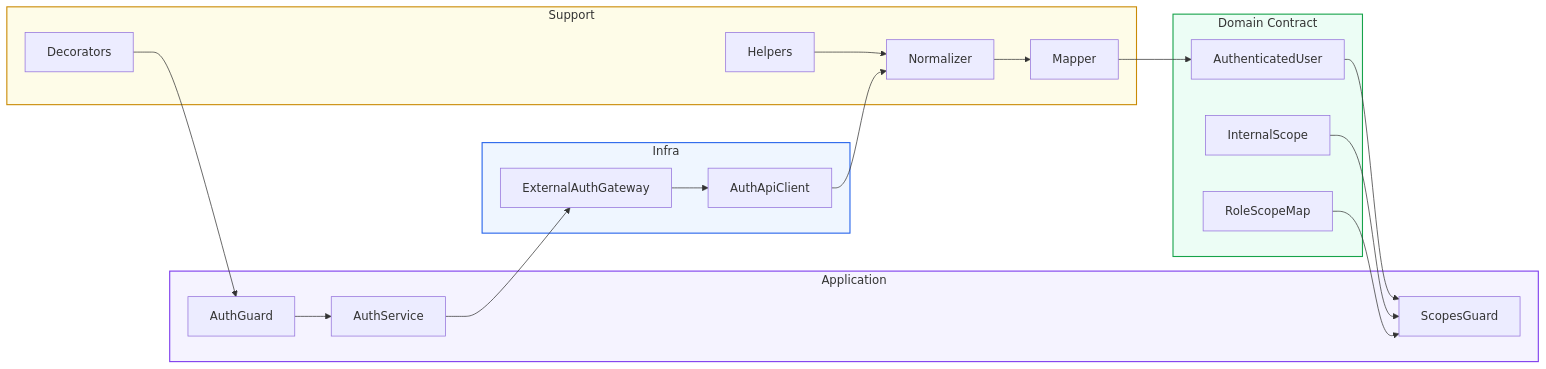
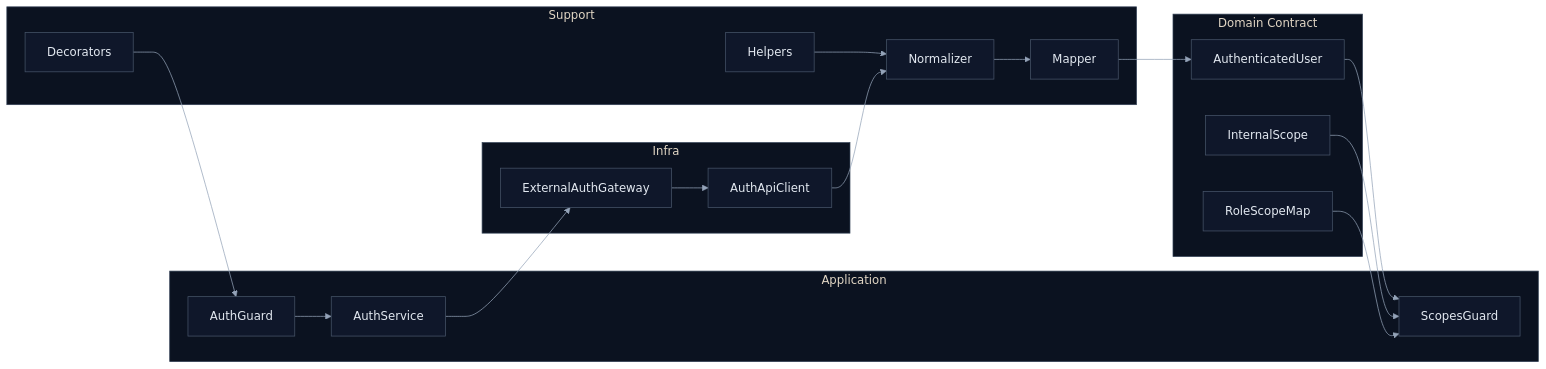
The eighth of 8 diagrams in RFC-0001-Auth.md (matheusdiamantino-betalent/IA), drawn with Mermaid before and after one commit. The commit also changed other lines of this file, not shown here.

````diff
--- a/RFC-0001-Auth.md
+++ b/RFC-0001-Auth.md
@@ -895,43 +612,41 @@
 ```mermaid
+%%{init: {'theme':'base','themeVariables': {
+  'primaryColor':'#0f172a','primaryTextColor':'#e2e8f0','primaryBorderColor':'#475569','lineColor':'#94a3b8','secondaryColor':'#111827','tertiaryColor':'#1e293b','background':'#020617','mainBkg':'#0f172a','secondBkg':'#111827','tertiaryBkg':'#1e293b','clusterBkg':'#0b1220','clusterBorder':'#334155','edgeLabelBackground':'#0f172a','fontFamily':'Inter, Segoe UI, Arial'
+}}}%%
 flowchart LR
     subgraph INFRA[Infra]
         C1[AuthApiClient]
         C2[ExternalAuthGateway]
     end
 
     subgraph APP[Application]
         A1[AuthService]
         A2[AuthGuard]
         A3[ScopesGuard]
     end
 
     subgraph DOMAIN[Domain Contract]
         D1[AuthenticatedUser]
         D2[InternalScope]
         D3[RoleScopeMap]
     end
 
     subgraph SUPPORT[Support]
         S1[Normalizer]
         S2[Mapper]
         S3[Decorators]
         S4[Helpers]
     end
 
     A2 --> A1
     A1 --> C2
     C2 --> C1
     C1 --> S1
     S1 --> S2
     S2 --> D1
     D1 --> A3
     D2 --> A3
     D3 --> A3
     S3 --> A2
     S4 --> S1
-
-    style INFRA fill:#eff6ff,stroke:#2563eb,stroke-width:1.5px
-    style APP fill:#f5f3ff,stroke:#7c3aed,stroke-width:1.5px
-    style DOMAIN fill:#ecfdf5,stroke:#16a34a,stroke-width:1.5px
-    style SUPPORT fill:#fefce8,stroke:#ca8a04,stroke-width:1.5px
 ```
````
